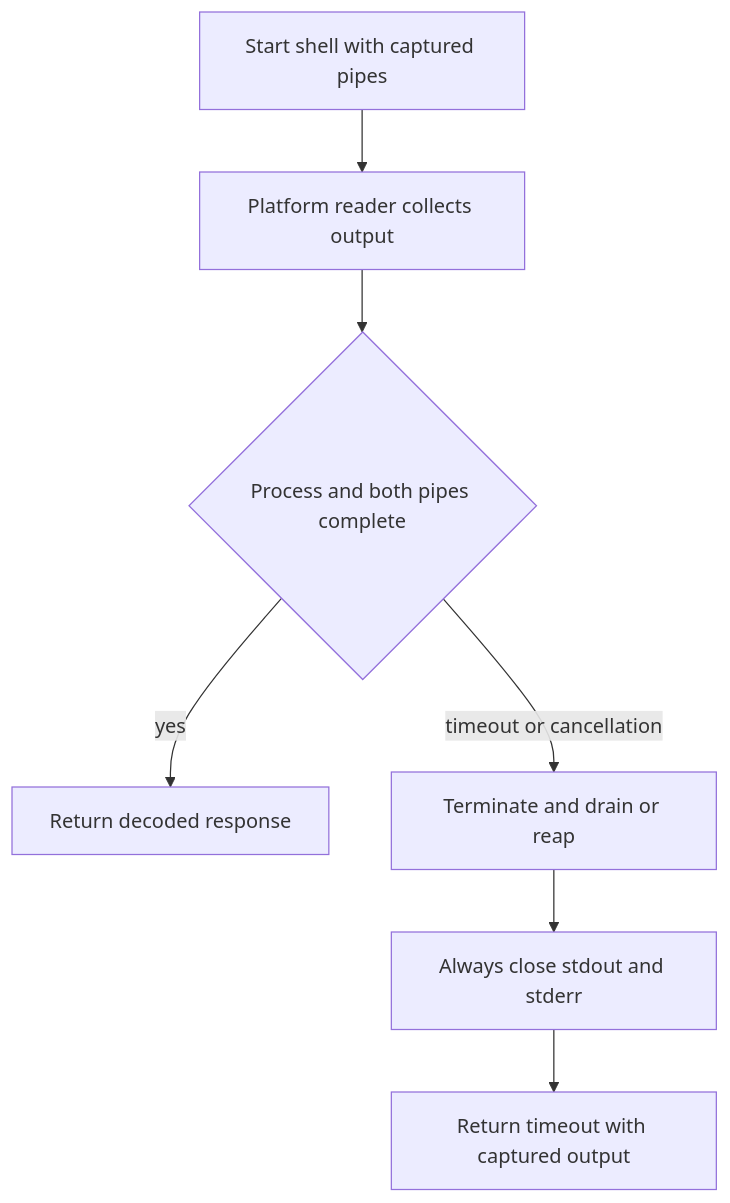
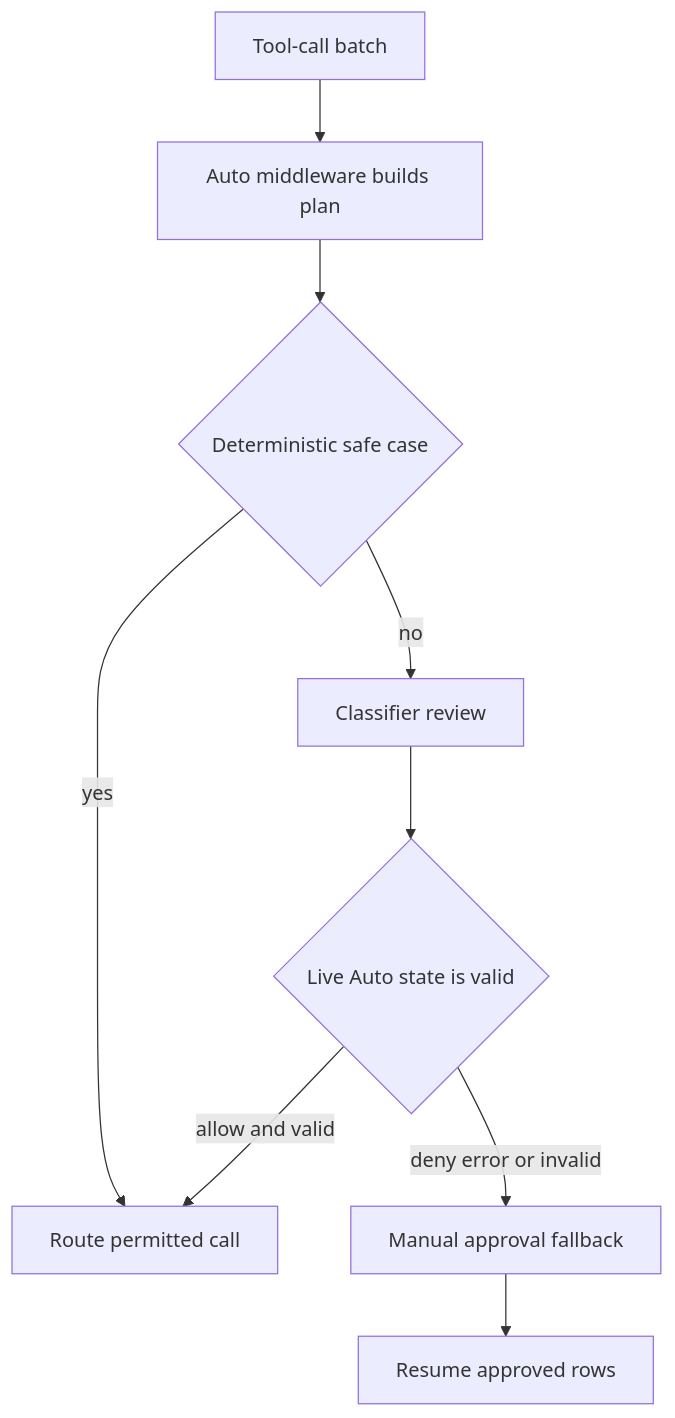
One commit to langchain-ai/deepagents changed the third of 3 diagrams in openwiki/testing/testing-guide.md. Above: the diagram before and after it, drawn with Mermaid. The commit also changed other lines of this file and 22 other files, not shown here.

````diff
--- a/openwiki/testing/testing-guide.md
+++ b/openwiki/testing/testing-guide.md
@@ -150,9 +136,11 @@
 ```mermaid
 flowchart TD
-    Launch["Start shell with captured pipes"] --> Read["Platform reader collects output"]
-    Read --> Complete{"Process and both pipes complete"}
-    Complete -->|yes| Result["Return decoded response"]
-    Complete -->|timeout or cancellation| Cleanup["Terminate and drain or reap"]
-    Cleanup --> Close["Always close stdout and stderr"]
-    Close --> Timed["Return timeout with captured output"]
+    Request["Tool-call batch"] --> Policy["Auto middleware builds plan"]
+    Policy --> Safe{"Deterministic safe case"}
+    Safe -->|yes| Route["Route permitted call"]
+    Safe -->|no| Classifier["Classifier review"]
+    Classifier --> Live{"Live Auto state is valid"}
+    Live -->|allow and valid| Route
+    Live -->|deny error or invalid| Review["Manual approval fallback"]
+    Review --> Resume["Resume approved rows"]
 ```
````
